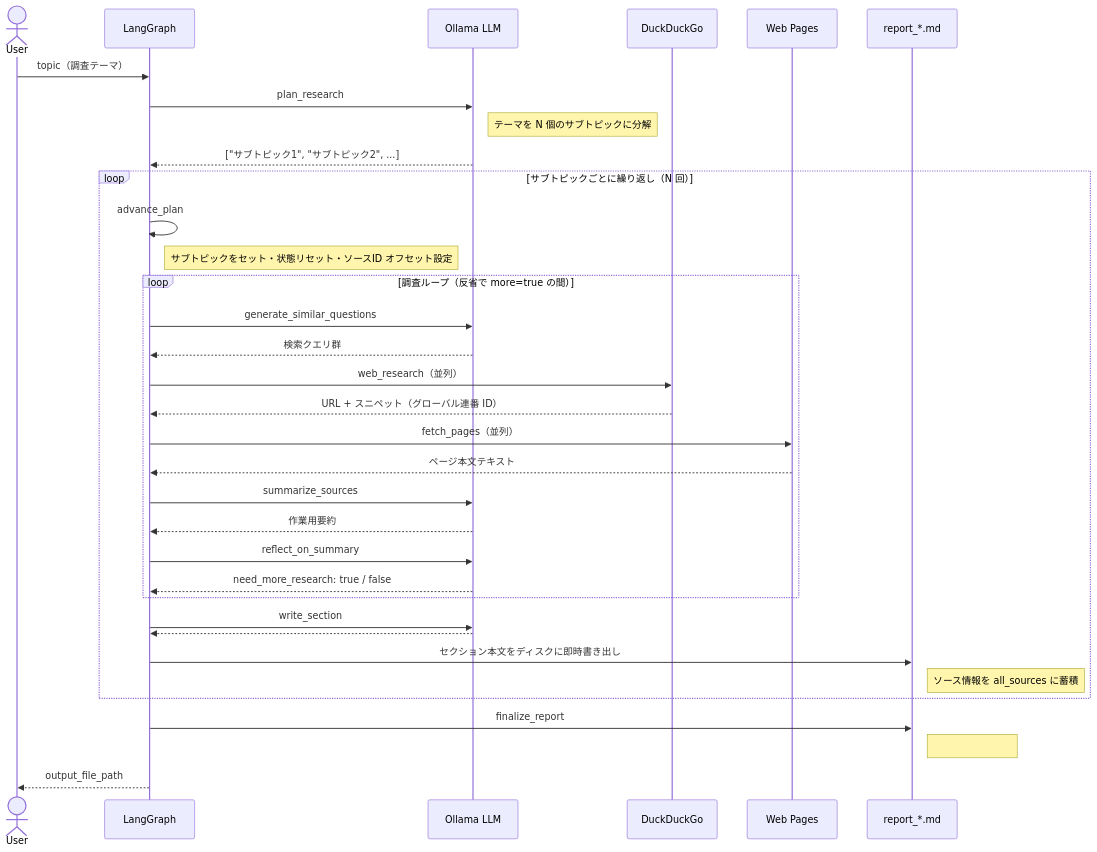
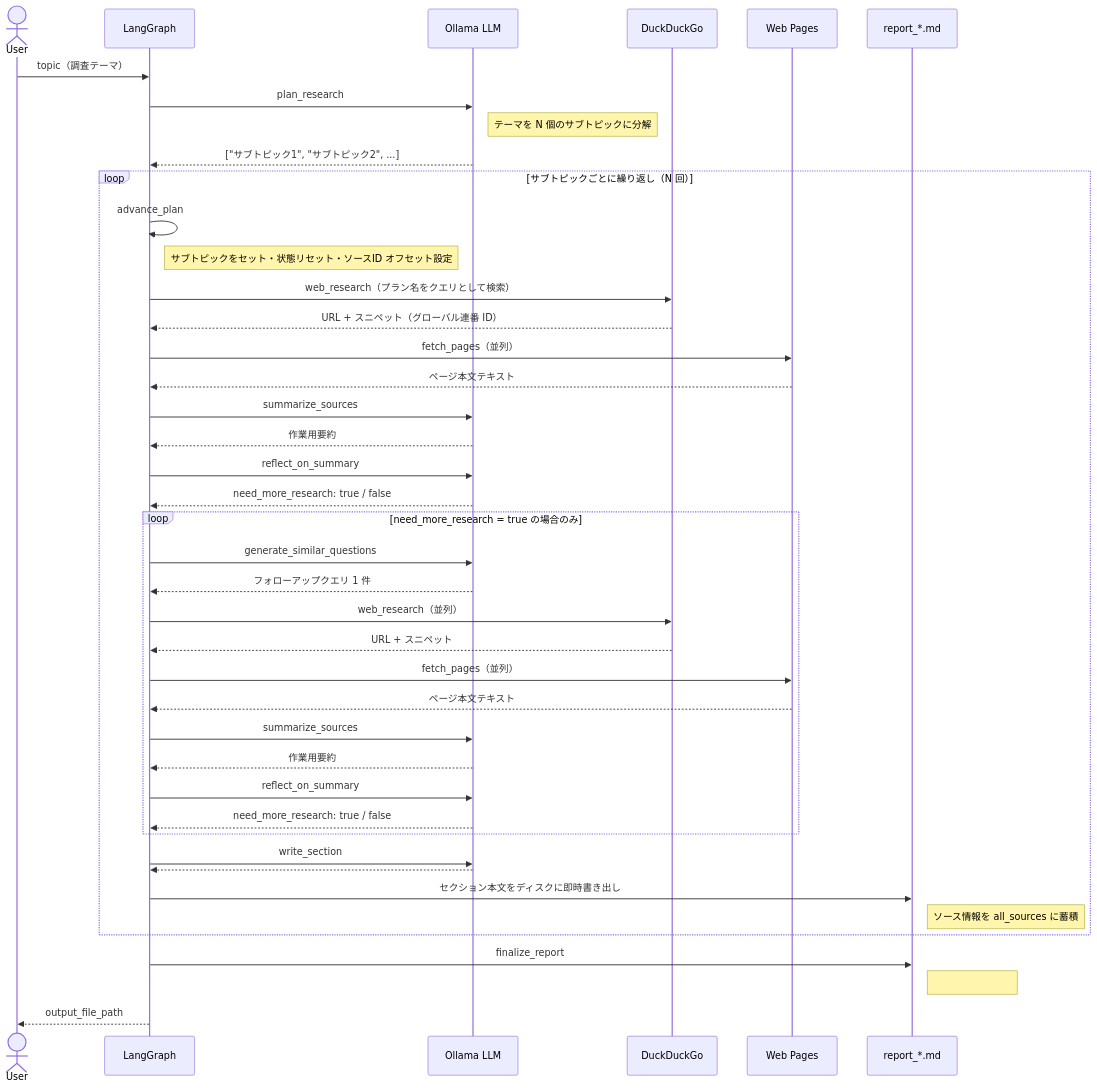
Before and after one commit to jdd-jaba/deep_research: the diagram in README.md, drawn with Mermaid. The commit also changed other lines of this file and 4 other files, not shown here.

````diff
--- a/README.md
+++ b/README.md
@@ -13,48 +13,60 @@
 ```mermaid
 sequenceDiagram
     actor User
     participant Graph as LangGraph
     participant LLM as Ollama LLM
     participant DDG as DuckDuckGo
     participant Web as Web Pages
     participant File as report_*.md
 
     User->>Graph: topic（調査テーマ）
 
     Graph->>LLM: plan_research
     Note right of LLM: テーマを N 個のサブトピックに分解
     LLM-->>Graph: ["サブトピック1", "サブトピック2", ...]
 
     loop サブトピックごとに繰り返し（N 回）
         Graph->>Graph: advance_plan
         Note right of Graph: サブトピックをセット・状態リセット・ソースID オフセット設定
 
-        loop 調査ループ（反省で more=true の間）
+        Graph->>DDG: web_research（プラン名をクエリとして検索）
+        DDG-->>Graph: URL + スニペット（グローバル連番 ID）
+
+        Graph->>Web: fetch_pages（並列）
+        Web-->>Graph: ページ本文テキスト
+
+        Graph->>LLM: summarize_sources
+        LLM-->>Graph: 作業用要約
+
+        Graph->>LLM: reflect_on_summary
+        LLM-->>Graph: need_more_research: true / false
+
+        loop need_more_research = true の場合のみ
             Graph->>LLM: generate_similar_questions
-            LLM-->>Graph: 検索クエリ群
+            LLM-->>Graph: フォローアップクエリ 1 件
 
             Graph->>DDG: web_research（並列）
-            DDG-->>Graph: URL + スニペット（グローバル連番 ID）
+            DDG-->>Graph: URL + スニペット
 
             Graph->>Web: fetch_pages（並列）
             Web-->>Graph: ページ本文テキスト
 
             Graph->>LLM: summarize_sources
             LLM-->>Graph: 作業用要約
 
             Graph->>LLM: reflect_on_summary
             LLM-->>Graph: need_more_research: true / false
         end
 
         Graph->>LLM: write_section
         LLM-->>Graph: ## サブトピック の本文（参考文献なし）
 
         Graph->>File: セクション本文をディスクに即時書き出し
         Note right of File: ソース情報を all_sources に蓄積
     end
 
     Graph->>File: finalize_report
     Note right of File: ## 参考文献 を末尾に一括追記
 
     Graph-->>User: output_file_path
 ```
````
